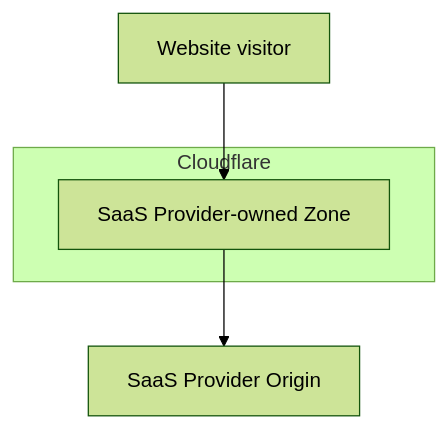
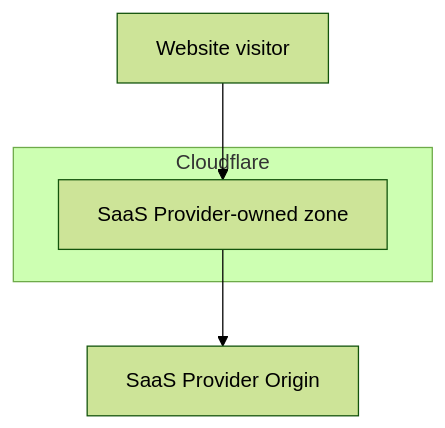
The first of 2 diagrams in content/cloudflare-for-platforms/cloudflare-for-saas/saas-customers/how-it-works.md (rdhanarot/cloudflare-docs), drawn with Mermaid (forest theme) before and after one commit. The commit also changed other lines of this file and 7 other files, not shown here.

````diff
--- a/content/cloudflare-for-platforms/cloudflare-for-saas/saas-customers/how-it-works.md
+++ b/content/cloudflare-for-platforms/cloudflare-for-saas/saas-customers/how-it-works.md
@@ -21,15 +21,15 @@
 ```mermaid
 flowchart TD
 accTitle: Your zone using a SaaS provider, but without O2O
 
 A[Website visitor]
 
 subgraph Cloudflare
-    B[SaaS Provider-owned Zone]
+    B[SaaS Provider-owned zone]
 end
 
 C[SaaS Provider Origin]
 
 A --> B
 B --> C
 ```
````
